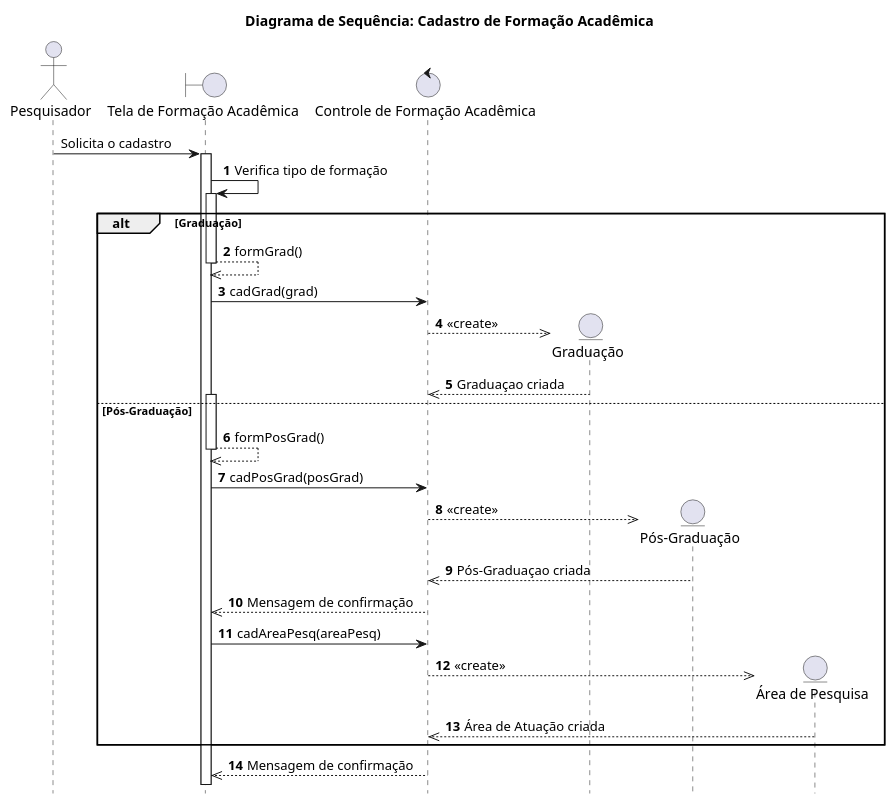
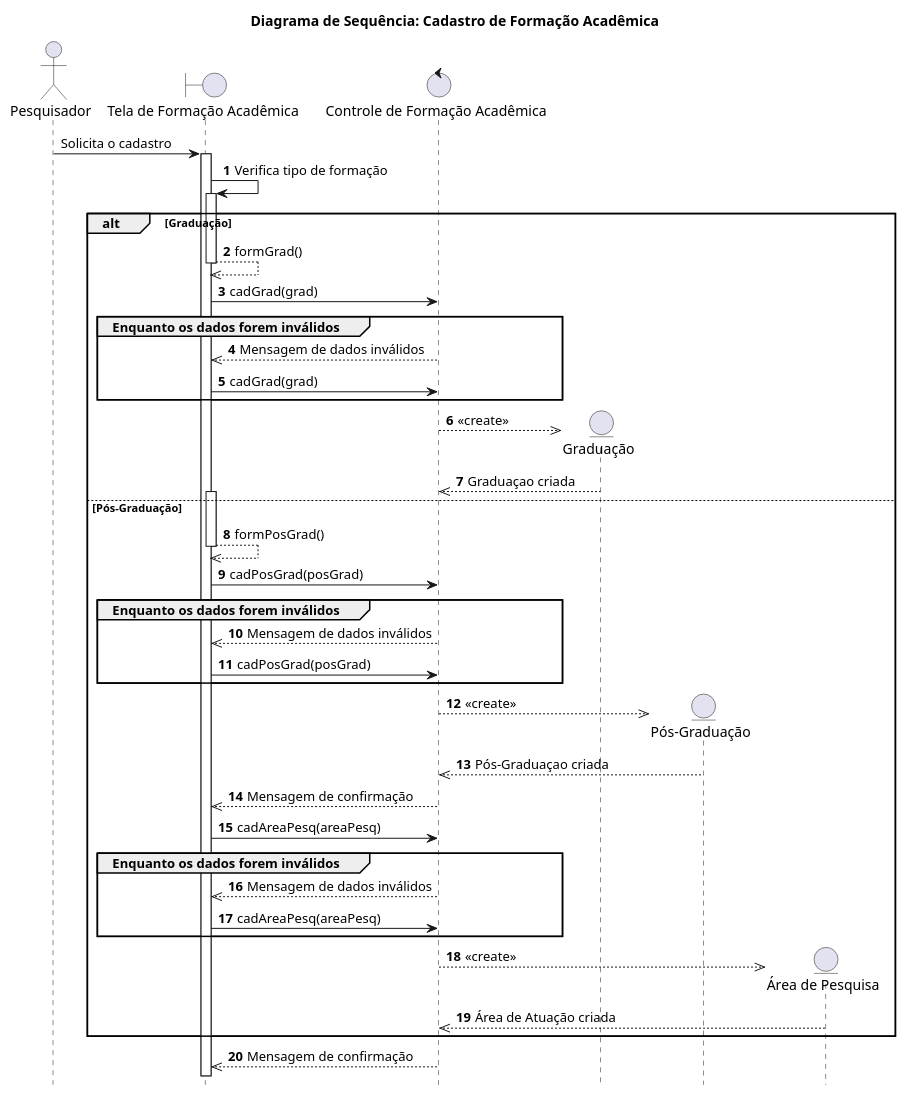
One commit to WellingtonFelipeLS/Lattes-Simplificado changed the diagram in Diagramas/Formação Acadêmica/diagSeqCadFormAcademica.wsd. Above: the diagram before and after it, drawn with PlantUML. The commit also changed 22 other files, not shown here.

Commit message:
Atualização dos diagrams

```diff
--- a/Diagramas/Formação Acadêmica/diagSeqCadFormAcademica.wsd
+++ b/Diagramas/Formação Acadêmica/diagSeqCadFormAcademica.wsd
@@ -1,39 +1,53 @@
 @startuml diagramaSeq
 
     title "Diagrama de Sequência: Cadastro de Formação Acadêmica"
     hide footbox
 
     actor Pesquisador as pesq 
     boundary "Tela de Formação Acadêmica" as uiFA
     control "Controle de Formação Acadêmica" as contFA
     entity "Graduação" as GFA
     entity "Pós-Graduação" as PGFA
 	entity "Área de Pesquisa" as APesq
 
     pesq -> uiFA ++: Solicita o cadastro
 
 	autonumber
     uiFA -> uiFA ++: Verifica tipo de formação
 
     alt Graduação
 		uiFA -->> uiFA --: formGrad()
 		uiFA -> contFA: cadGrad(grad)
+		group Enquanto os dados forem inválidos
+		contFA -->> uiFA: Mensagem de dados inválidos
+		uiFA -> contFA: cadGrad(grad)
+		end
         contFA -->> GFA **: <<create>>
 		GFA -->> contFA : Graduaçao criada
     else Pós-Graduação
 		activate uiFA
 		uiFA -->> uiFA --: formPosGrad()
 
         uiFA -> contFA : cadPosGrad(posGrad)
+
+		group Enquanto os dados forem inválidos
+		contFA -->> uiFA: Mensagem de dados inválidos
+		uiFA -> contFA: cadPosGrad(posGrad)
+		end
+		
         contFA -->> PGFA **: <<create>>
 		PGFA -->> contFA : Pós-Graduaçao criada
 		contFA -->> uiFA : Mensagem de confirmação
 
 		uiFA -> contFA : cadAreaPesq(areaPesq)
+		group Enquanto os dados forem inválidos
+		contFA -->> uiFA: Mensagem de dados inválidos
+		uiFA -> contFA: cadAreaPesq(areaPesq)
+		end
 		contFA -->> APesq **: <<create>>
 		APesq -->> contFA : Área de Atuação criada
     end
 
     contFA -->> uiFA : Mensagem de confirmação
 
 @enduml
```
